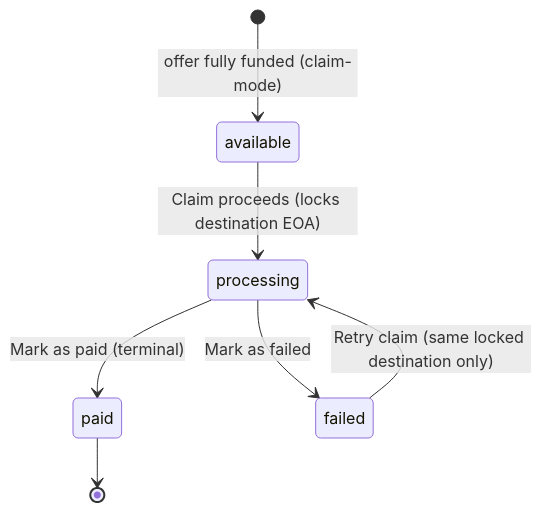
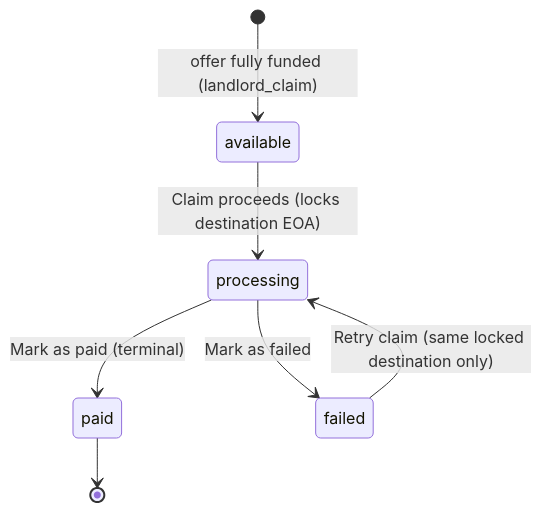
The diagram in docs/06-data-model.md (Kolektivo/merkado-labs), drawn with Mermaid before and after one commit. The commit also changed other lines of this file and 23 other files, not shown here.

Commit message:
fix(claim): use landlord proceeds claims for every offer

````diff
--- a/docs/06-data-model.md
+++ b/docs/06-data-model.md
@@ -110,9 +111,9 @@
 ```mermaid
 stateDiagram-v2
-    [*] --> available : offer fully funded (claim-mode)
+    [*] --> available : offer fully funded (landlord_claim)
     available --> processing : Claim proceeds (locks destination EOA)
     processing --> paid : Mark as paid (terminal)
     processing --> failed : Mark as failed
     failed --> processing : Retry claim (same locked destination only)
     paid --> [*]
 ```
````
